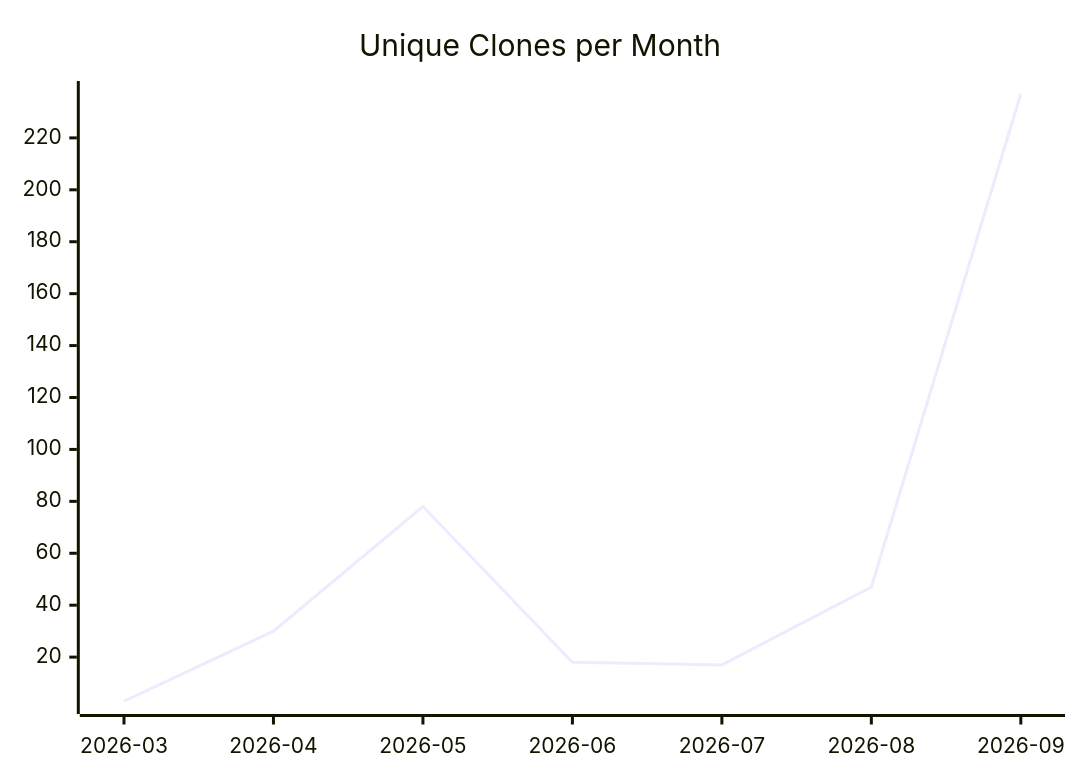
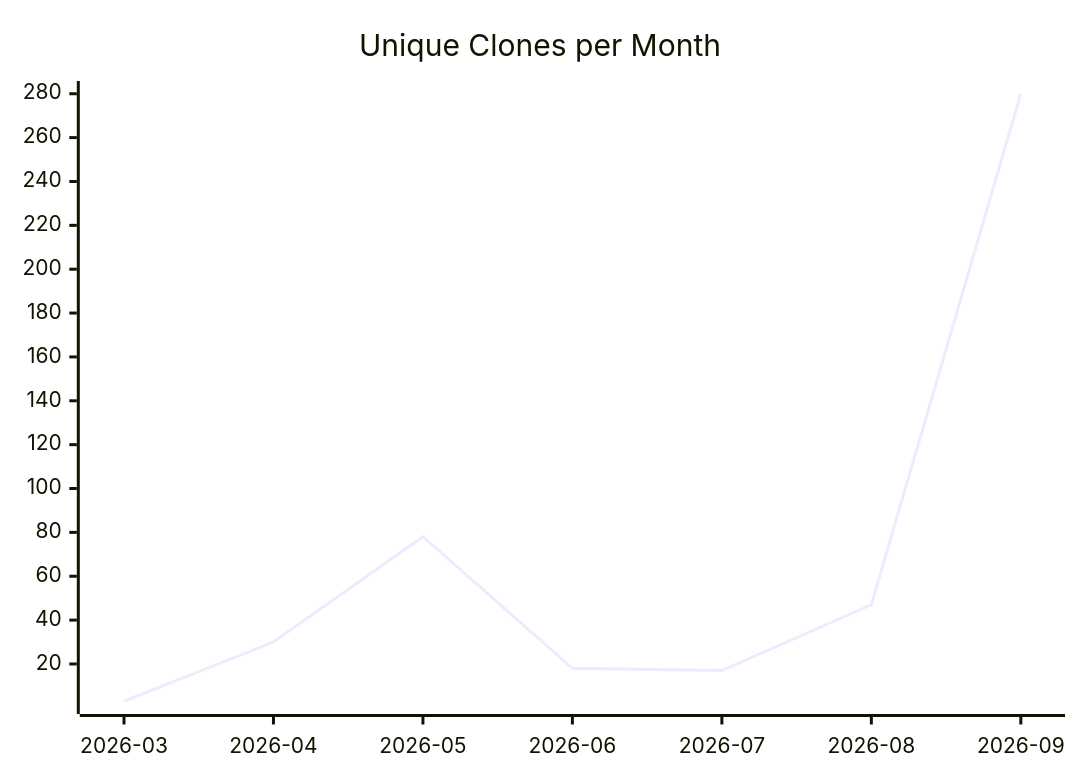
The third of 3 diagrams in karlmdavis/justdavis-ansible/README.md (justdavis-family/github-analytics-data), drawn with Mermaid before and after one commit. The commit also changed other lines of this file and 199 other files, not shown here.

````diff
--- a/karlmdavis/justdavis-ansible/README.md
+++ b/karlmdavis/justdavis-ansible/README.md
@@ -19,6 +19,6 @@
 ```mermaid
 xychart-beta
   title "Unique Clones per Month"
   x-axis ["2026-03", "2026-04", "2026-05", "2026-06", "2026-07", "2026-08", "2026-09"]
-  line [3, 30, 78, 18, 17, 47, 237]
+  line [3, 30, 78, 18, 17, 47, 280]
 ```
````
